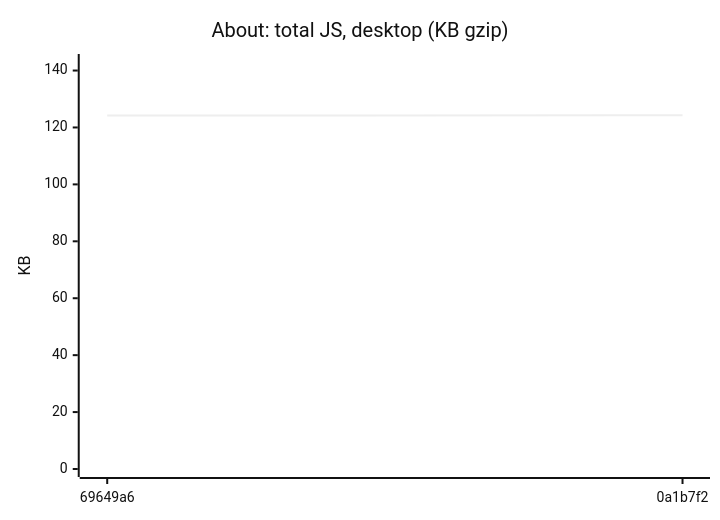
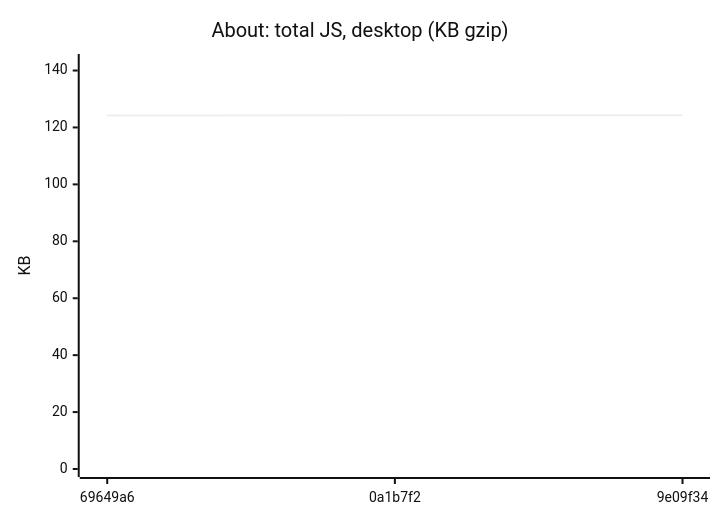
Before and after one commit to AxelUser/maltsev.space: the fifth of 18 diagrams in README.md, drawn with Mermaid (neutral theme). The commit also changed other lines of this file and 1 other file, not shown here.

````diff
--- a/README.md
+++ b/README.md
@@ -71,7 +71,7 @@
 ```mermaid
 xychart-beta
   title "About: total JS, desktop (KB gzip)"
-  x-axis ["69649a6", "0a1b7f2"]
+  x-axis ["69649a6", "0a1b7f2", "9e09f34"]
   y-axis "KB" 0 --> 143
-  line [124.2, 124.3]
+  line [124.2, 124.3, 124.3]
 ```
````
